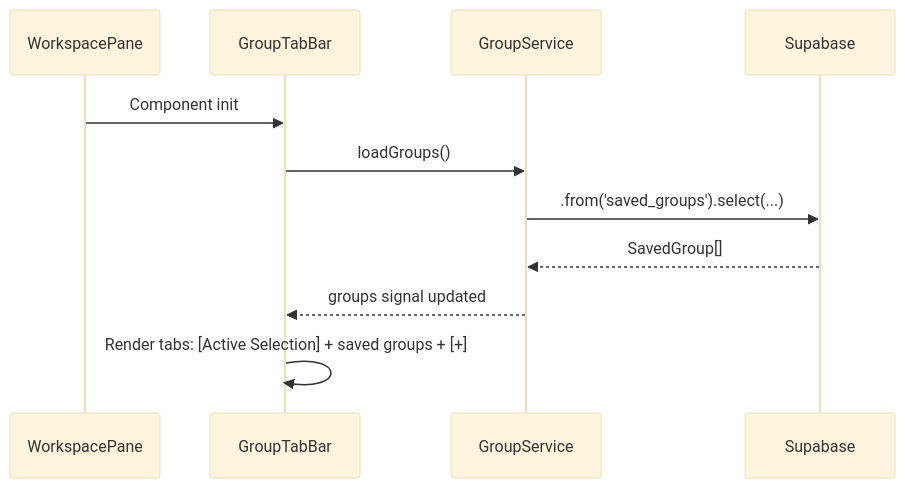
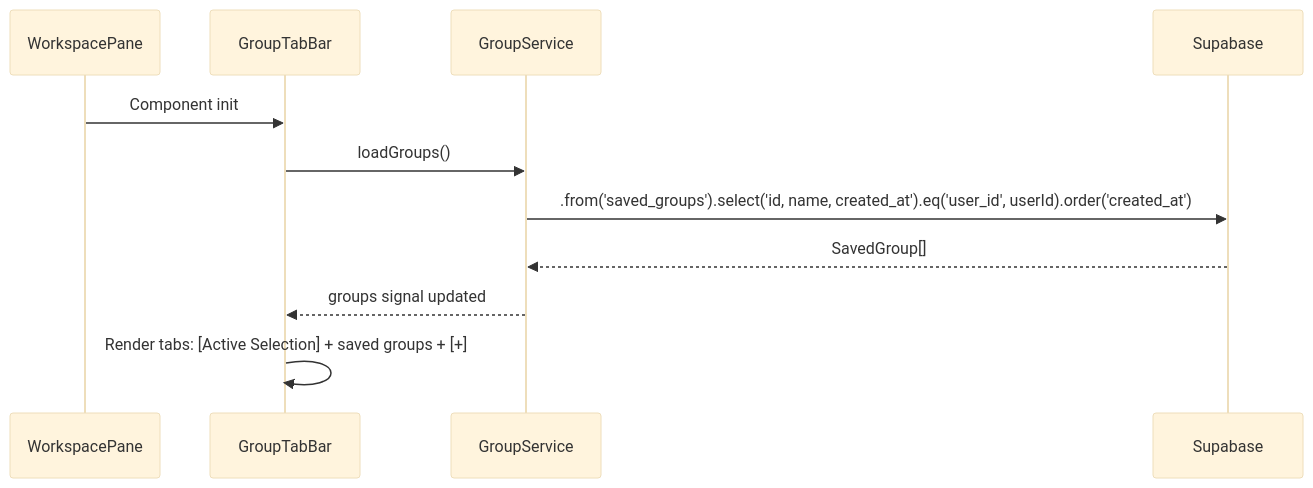
The first of 4 diagrams in docs/implementation-blueprints/group-tab-bar.md (matkleve/sitesnap), drawn with Mermaid (base theme) before and after one commit. The commit also changed other lines of this file and 54 other files, not shown here.

````diff
--- a/docs/implementation-blueprints/group-tab-bar.md
+++ b/docs/implementation-blueprints/group-tab-bar.md
@@ -178,14 +178,14 @@
 ```mermaid
 sequenceDiagram
     participant Pane as WorkspacePane
     participant TabBar as GroupTabBar
     participant GroupService
     participant Supabase
 
     Pane->>TabBar: Component init
     TabBar->>GroupService: loadGroups()
-    GroupService->>Supabase: .from('saved_groups').select(...)
+    GroupService->>Supabase: .from('saved_groups').select('id, name, created_at').eq('user_id', userId).order('created_at')
     Supabase-->>GroupService: SavedGroup[]
     GroupService-->>TabBar: groups signal updated
     TabBar->>TabBar: Render tabs: [Active Selection] + saved groups + [+]
 ```
````
